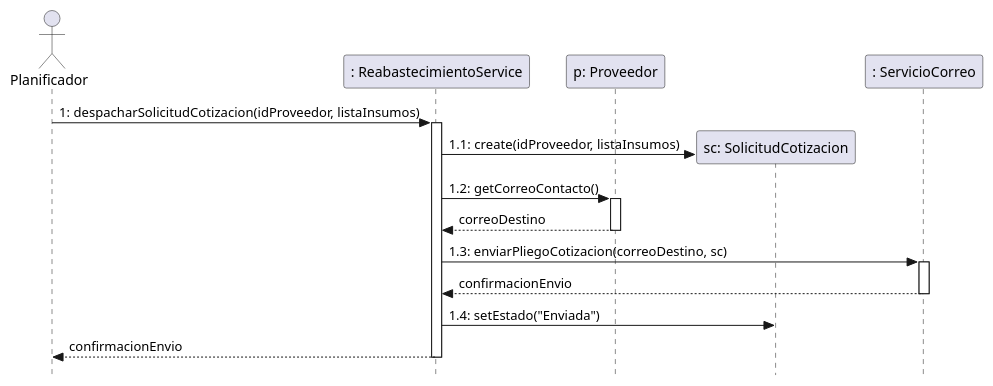
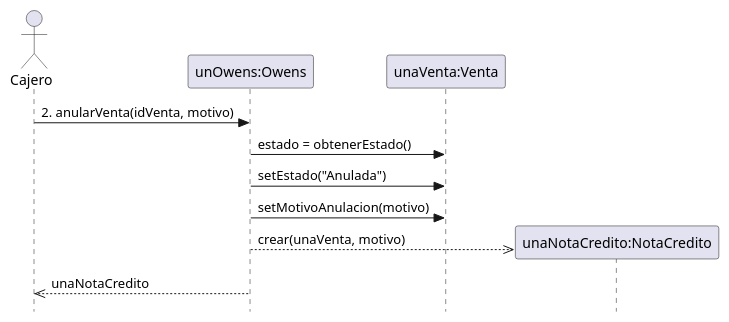
The seventh of 11 diagrams in docs/3_Especificacion_y_Diseno/3.4_realizaciones_casos_uso_dsd.md (DiegoParadiso/owens), drawn with PlantUML before and after one commit. The commit also changed other lines of this file and 1 other file, not shown here.

````diff
--- a/docs/3_Especificacion_y_Diseno/3.4_realizaciones_casos_uso_dsd.md
+++ b/docs/3_Especificacion_y_Diseno/3.4_realizaciones_casos_uso_dsd.md
@@ -163,34 +201,21 @@
 ```plantuml
 @startuml
 skinparam style strictuml
 hide footbox
 
-actor Planificador as P
-participant ": ReabastecimientoService" as Srv
-participant "p: Proveedor" as Prov
-participant "sc: SolicitudCotizacion" as RFQ
-participant ": ServicioCorreo" as Mail
+actor Cajero as C
+participant "unOwens:Owens" as Owens
+participant "unaVenta:Venta" as Venta
 
-P -> Srv : 1: despacharSolicitudCotizacion(idProveedor, listaInsumos)
-activate Srv
+C -> Owens : 2. anularVenta(idVenta, motivo)
 
-create RFQ
-Srv -> RFQ : 1.1: create(idProveedor, listaInsumos)
+Owens -> Venta : estado = obtenerEstado()
+Owens -> Venta : setEstado("Anulada")
+Owens -> Venta : setMotivoAnulacion(motivo)
 
-Srv -> Prov : 1.2: getCorreoContacto()
-activate Prov
-Prov --> Srv : correoDestino
-deactivate Prov
+create participant "unaNotaCredito:NotaCredito" as NC
+Owens -->> NC : crear(unaVenta, motivo)
 
-Srv -> Mail : 1.3: enviarPliegoCotizacion(correoDestino, sc)
-activate Mail
-Mail --> Srv : confirmacionEnvio
-deactivate Mail
-
-Srv -> RFQ : 1.4: setEstado("Enviada")
-
-Srv --> P : confirmacionEnvio
-deactivate Srv
-
+Owens -->> C : unaNotaCredito
 @enduml
 ```
````
